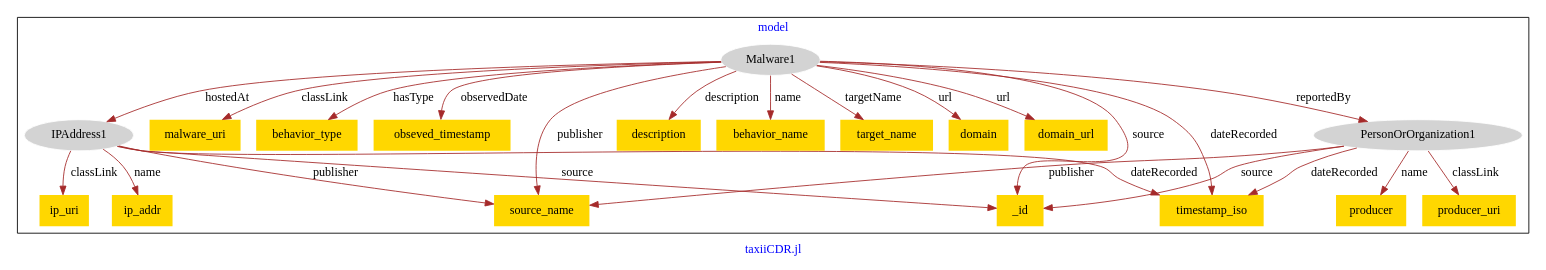
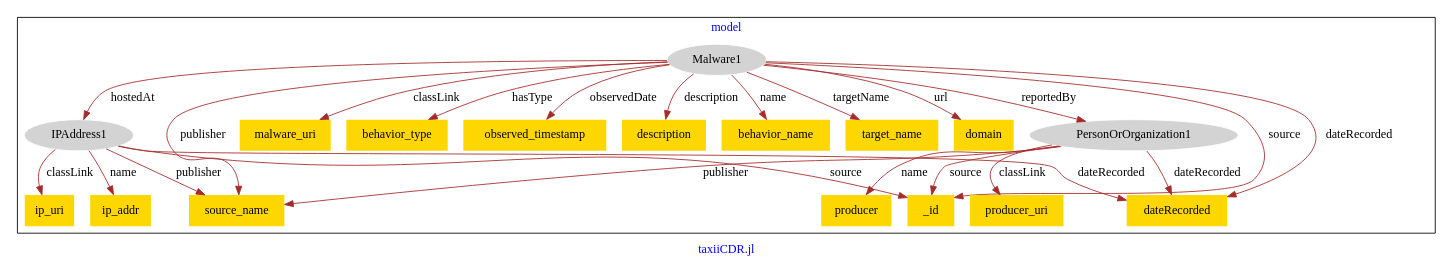
The diagram in models/hg-taxii/hg_taxii-model.dot (usc-isi-i2/effect-alignment), drawn with Graphviz before and after one commit.

Commit message:
Update file hg_taxii-model.dot

```diff
--- a/models/hg-taxii/hg_taxii-model.dot
+++ b/models/hg-taxii/hg_taxii-model.dot
@@ -1,49 +1,47 @@
 digraph n0 {
 fontcolor="blue"
 remincross="true"
 label="taxiiCDR.jl"
 subgraph cluster {
 label="model"
 n2[style="filled",color="white",fillcolor="lightgray",label="IPAddress1"];
 n3[shape="plaintext",style="filled",fillcolor="gold",label="ip_uri"];
 n4[shape="plaintext",style="filled",fillcolor="gold",label="ip_addr"];
-n5[style="filled",color="white",fillcolor="lightgray",label="Malware1"];
-n6[shape="plaintext",style="filled",fillcolor="gold",label="malware_uri"];
-n7[shape="plaintext",style="filled",fillcolor="gold",label="behavior_type"];
-n8[shape="plaintext",style="filled",fillcolor="gold",label="obseved_timestamp"];
-n9[style="filled",color="white",fillcolor="lightgray",label="PersonOrOrganization1"];
+n5[shape="plaintext",style="filled",fillcolor="gold",label="source_name"];
+n6[style="filled",color="white",fillcolor="lightgray",label="Malware1"];
+n7[shape="plaintext",style="filled",fillcolor="gold",label="malware_uri"];
+n8[shape="plaintext",style="filled",fillcolor="gold",label="behavior_type"];
+n9[shape="plaintext",style="filled",fillcolor="gold",label="observed_timestamp"];
 n10[shape="plaintext",style="filled",fillcolor="gold",label="description"];
 n11[shape="plaintext",style="filled",fillcolor="gold",label="behavior_name"];
 n12[shape="plaintext",style="filled",fillcolor="gold",label="target_name"];
 n13[shape="plaintext",style="filled",fillcolor="gold",label="domain"];
-n14[shape="plaintext",style="filled",fillcolor="gold",label="domain_url"];
+n14[style="filled",color="white",fillcolor="lightgray",label="PersonOrOrganization1"];
 n15[shape="plaintext",style="filled",fillcolor="gold",label="producer_uri"];
-n16[shape="plaintext",style="filled",fillcolor="gold",label="timestamp_iso"];
+n16[shape="plaintext",style="filled",fillcolor="gold",label="dateRecorded"];
 n17[shape="plaintext",style="filled",fillcolor="gold",label="producer"];
-n18[shape="plaintext",style="filled",fillcolor="gold",label="source_name"];
-n19[shape="plaintext",style="filled",fillcolor="gold",label="_id"];
+n18[shape="plaintext",style="filled",fillcolor="gold",label="_id"];
 }
 n2 -> n3[color="brown",fontcolor="black",label="classLink"]
 n2 -> n4[color="brown",fontcolor="black",label="name"]
-n5 -> n6[color="brown",fontcolor="black",label="classLink"]
-n5 -> n7[color="brown",fontcolor="black",label="hasType"]
-n5 -> n2[color="brown",fontcolor="black",label="hostedAt"]
-n5 -> n8[color="brown",fontcolor="black",label="observedDate"]
-n5 -> n9[color="brown",fontcolor="black",label="reportedBy"]
-n5 -> n10[color="brown",fontcolor="black",label="description"]
-n5 -> n11[color="brown",fontcolor="black",label="name"]
-n5 -> n12[color="brown",fontcolor="black",label="targetName"]
-n5 -> n13[color="brown",fontcolor="black",label="url"]
-n5 -> n14[color="brown",fontcolor="black",label="url"]
-n9 -> n15[color="brown",fontcolor="black",label="classLink"]
-n9 -> n16[color="brown",fontcolor="black",label="dateRecorded"]
-n9 -> n17[color="brown",fontcolor="black",label="name"]
-n9 -> n18[color="brown",fontcolor="black",label="publisher"]
-n9 -> n19[color="brown",fontcolor="black",label="source"]
-n5 -> n19[color="brown",fontcolor="black",label="source"]
-n2 -> n19[color="brown",fontcolor="black",label="source"]
-n2 -> n18[color="brown",fontcolor="black",label="publisher"]
-n5 -> n16[color="brown",fontcolor="black",label="dateRecorded"]
+n2 -> n5[color="brown",fontcolor="black",label="publisher"]
+n6 -> n7[color="brown",fontcolor="black",label="classLink"]
+n6 -> n8[color="brown",fontcolor="black",label="hasType"]
+n6 -> n9[color="brown",fontcolor="black",label="observedDate"]
+n6 -> n10[color="brown",fontcolor="black",label="description"]
+n6 -> n11[color="brown",fontcolor="black",label="name"]
+n6 -> n5[color="brown",fontcolor="black",label="publisher"]
+n6 -> n12[color="brown",fontcolor="black",label="targetName"]
+n6 -> n13[color="brown",fontcolor="black",label="url"]
+n14 -> n15[color="brown",fontcolor="black",label="classLink"]
+n14 -> n16[color="brown",fontcolor="black",label="dateRecorded"]
+n14 -> n17[color="brown",fontcolor="black",label="name"]
+n14 -> n5[color="brown",fontcolor="black",label="publisher"]
+n14 -> n18[color="brown",fontcolor="black",label="source"]
+n6 -> n14[color="brown",fontcolor="black",label="reportedBy"]
+n6 -> n18[color="brown",fontcolor="black",label="source"]
+n6 -> n2[color="brown",fontcolor="black",label="hostedAt"]
 n2 -> n16[color="brown",fontcolor="black",label="dateRecorded"]
-n5 -> n18[color="brown",fontcolor="black",label="publisher"]
+n6 -> n16[color="brown",fontcolor="black",label="dateRecorded"]
+n2 -> n18[color="brown",fontcolor="black",label="source"]
 }
```
